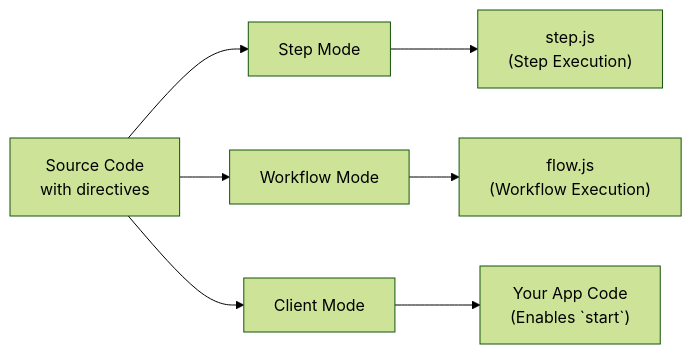
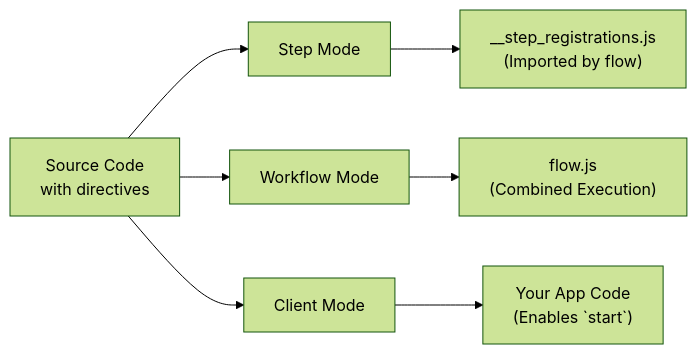
Before and after one commit to vercel/workflow: the diagram in docs/content/docs/v5/how-it-works/code-transform.mdx, drawn with Mermaid (forest theme). The commit also changed other lines of this file and 45 other files, not shown here.

Commit message:
Migrate workflow execution routes to v2

````diff
--- a/docs/content/docs/v5/how-it-works/code-transform.mdx
+++ b/docs/content/docs/v5/how-it-works/code-transform.mdx
@@ -51,9 +51,9 @@
 ```mermaid
 flowchart LR
     A["Source Code<br/>with directives"] --> B["Step Mode"]
     A --> C["Workflow Mode"]
     A --> D["Client Mode"]
-    B --> E["step.js<br/>(Step Execution)"]
-    C --> F["flow.js<br/>(Workflow Execution)"]
+    B --> E["__step_registrations.js<br/>(Imported by flow)"]
+    C --> F["flow.js<br/>(Combined Execution)"]
     D --> G["Your App Code<br/>(Enables `start`)"]
 ```
````
